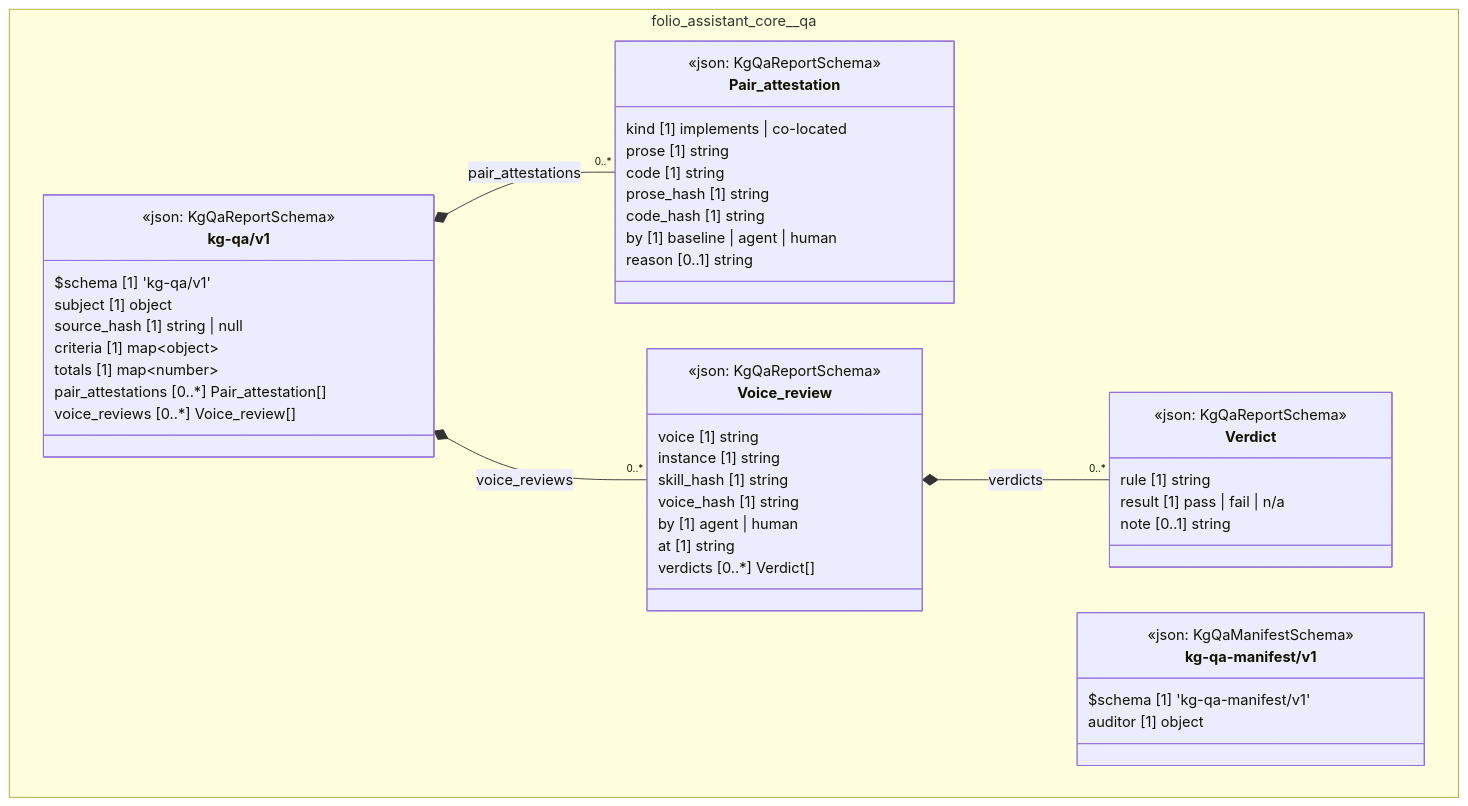
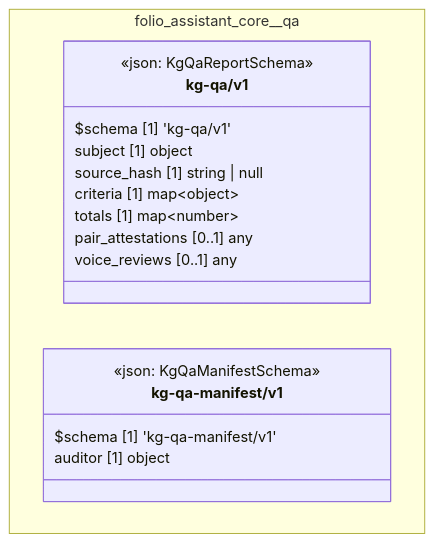
Before and after one commit to litlfred/folio-assistant: the diagram in cat-harness/docs/uml/overview/folio-assistant-core/qa.md, drawn with Mermaid. The commit also changed 234 other files, not shown here.

````diff
--- a/cat-harness/docs/uml/overview/folio-assistant-core/qa.md
+++ b/cat-harness/docs/uml/overview/folio-assistant-core/qa.md
@@ -42,55 +42,23 @@
 ```mermaid
 classDiagram
   direction TB
   namespace folio_assistant_core__qa {
-    class folio_assistant_core_qa_kg_qa_v1_Pair_attestation["Pair_attestation"] {
-      <<json: KgQaReportSchema>>
-      kind [1] implements | co-located
-      prose [1] string
-      code [1] string
-      prose_hash [1] string
-      code_hash [1] string
-      by [1] baseline | agent | human
-      reason [0..1] string
-    }
-    class folio_assistant_core_qa_kg_qa_v1_Verdict["Verdict"] {
-      <<json: KgQaReportSchema>>
-      rule [1] string
-      result [1] pass | fail | n/a
-      note [0..1] string
-    }
-    class folio_assistant_core_qa_kg_qa_v1_Voice_review["Voice_review"] {
-      <<json: KgQaReportSchema>>
-      voice [1] string
-      instance [1] string
-      skill_hash [1] string
-      voice_hash [1] string
-      by [1] agent | human
-      at [1] string
-      verdicts [0..*] Verdict[]
-    }
     class folio_assistant_core_qa_kg_qa_v1_kg_qa_v1["kg-qa/v1"] {
       <<json: KgQaReportSchema>>
       $schema [1] 'kg-qa/v1'
       subject [1] object
       source_hash [1] string | null
       criteria [1] map~object~
       totals [1] map~number~
-      pair_attestations [0..*] Pair_attestation[]
-      voice_reviews [0..*] Voice_review[]
+      pair_attestations [0..1] any
+      voice_reviews [0..1] any
     }
     class folio_assistant_core_qa_kg_qa_manifest_v1_kg_qa_manifest_v1["kg-qa-manifest/v1"] {
       <<json: KgQaManifestSchema>>
       $schema [1] 'kg-qa-manifest/v1'
       auditor [1] object
     }
   }
-  folio_assistant_core_qa_kg_qa_v1_kg_qa_v1 *-- "0..*" folio_assistant_core_qa_kg_qa_v1_Pair_attestation : pair_attestations
-  folio_assistant_core_qa_kg_qa_v1_Voice_review *-- "0..*" folio_assistant_core_qa_kg_qa_v1_Verdict : verdicts
-  folio_assistant_core_qa_kg_qa_v1_kg_qa_v1 *-- "0..*" folio_assistant_core_qa_kg_qa_v1_Voice_review : voice_reviews
-  cssClass "folio_assistant_core_qa_kg_qa_v1_Pair_attestation" fa_uml_kind_qa
-  cssClass "folio_assistant_core_qa_kg_qa_v1_Verdict" fa_uml_kind_qa
-  cssClass "folio_assistant_core_qa_kg_qa_v1_Voice_review" fa_uml_kind_qa
   cssClass "folio_assistant_core_qa_kg_qa_v1_kg_qa_v1" fa_uml_kind_qa
   cssClass "folio_assistant_core_qa_kg_qa_manifest_v1_kg_qa_manifest_v1" fa_uml_kind_qa
 ```
````
